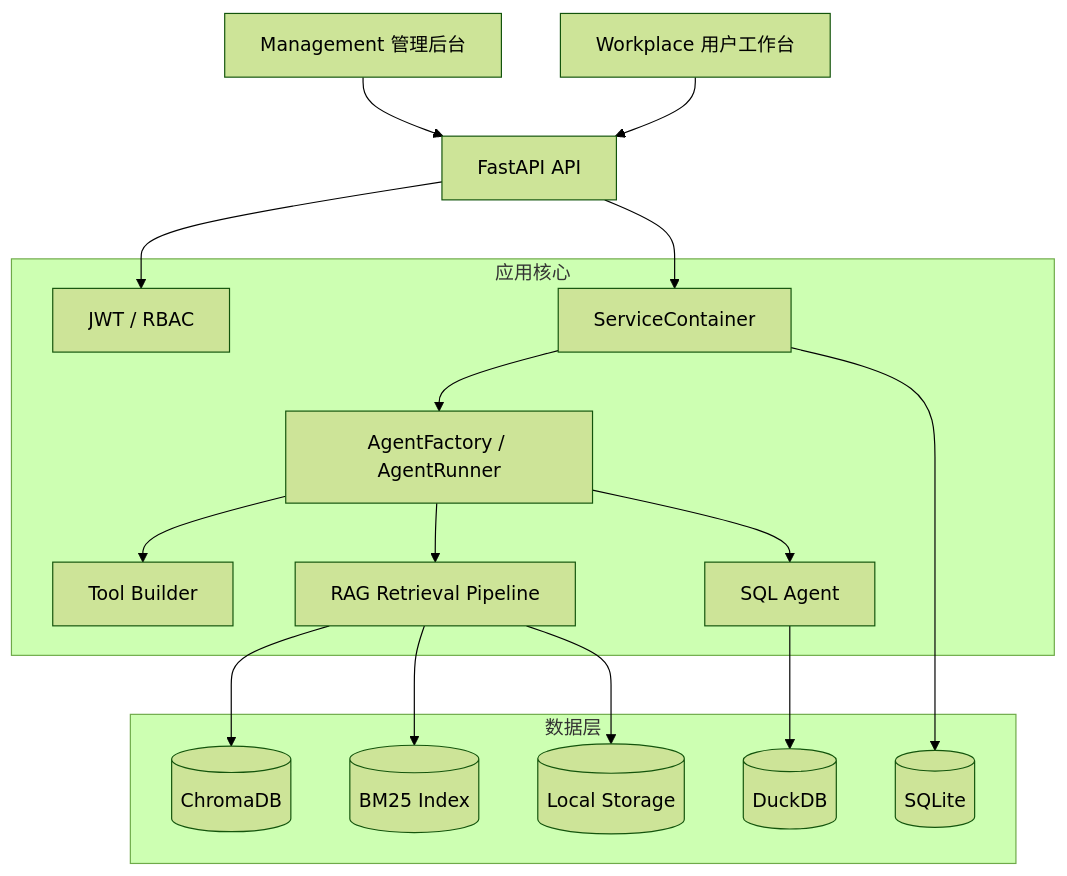
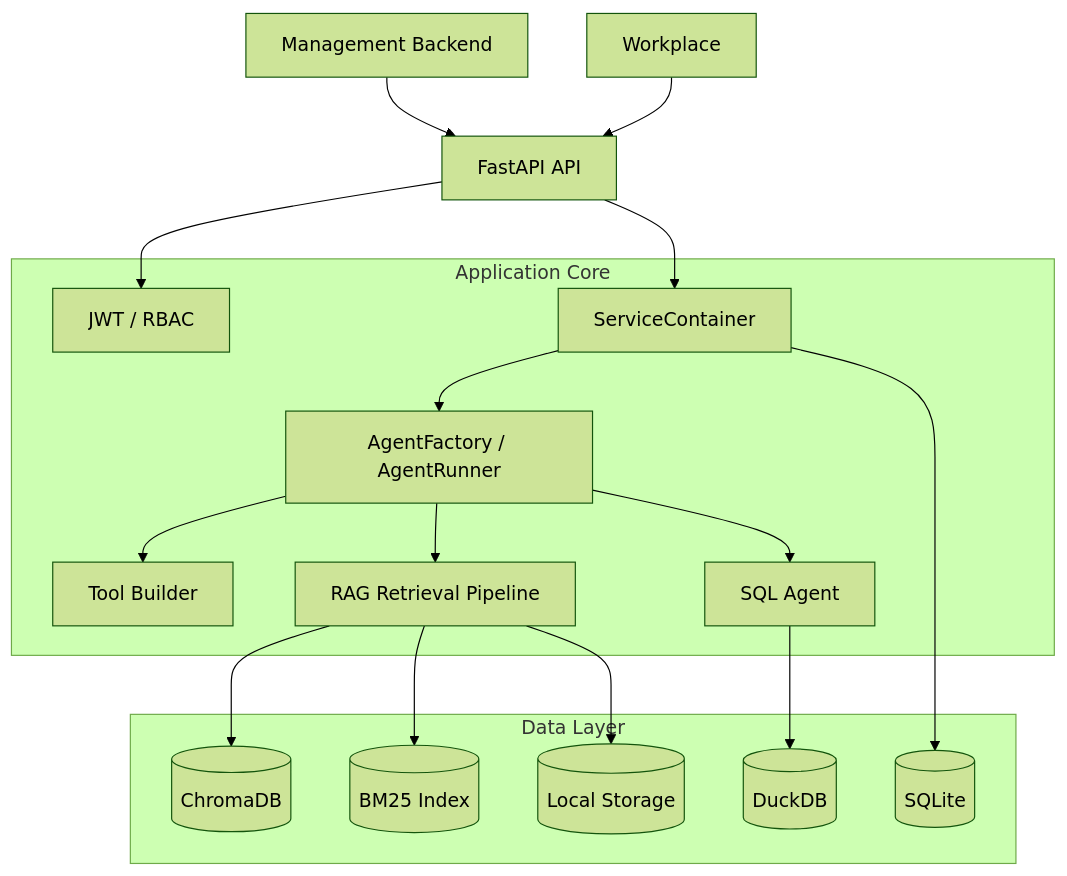
One commit to liupras/miniagent changed the diagram in README.md. Above: the diagram before and after it, drawn with Mermaid (forest theme). The commit also changed other lines of this file and 10 other files, not shown here.

````diff
--- a/README.md
+++ b/README.md
@@ -72,37 +76,37 @@
 ```mermaid
 flowchart TB
-    Admin["Management 管理后台"]
-    User["Workplace 用户工作台"]
+    Admin["Management Backend"]
+    User["Workplace"]
     API["FastAPI API"]
 
-    subgraph Core["应用核心"]
+    subgraph Core["Application Core"]
         Auth["JWT / RBAC"]
         Container["ServiceContainer"]
         Agent["AgentFactory / AgentRunner"]
         Tools["Tool Builder"]
         KB["RAG Retrieval Pipeline"]
         SQL["SQL Agent"]
     end
 
-    subgraph Data["数据层"]
+    subgraph Data["Data Layer"]
         SQLite[(SQLite)]
         DuckDB[(DuckDB)]
         Chroma[(ChromaDB)]
         BM25[(BM25 Index)]
         Files[(Local Storage)]
     end
 
     Admin --> API
     User --> API
     API --> Auth
     API --> Container
     Container --> Agent
     Agent --> Tools
     Agent --> KB
     Agent --> SQL
     Container --> SQLite
     SQL --> DuckDB
     KB --> Chroma
     KB --> BM25
     KB --> Files
 ```
````
